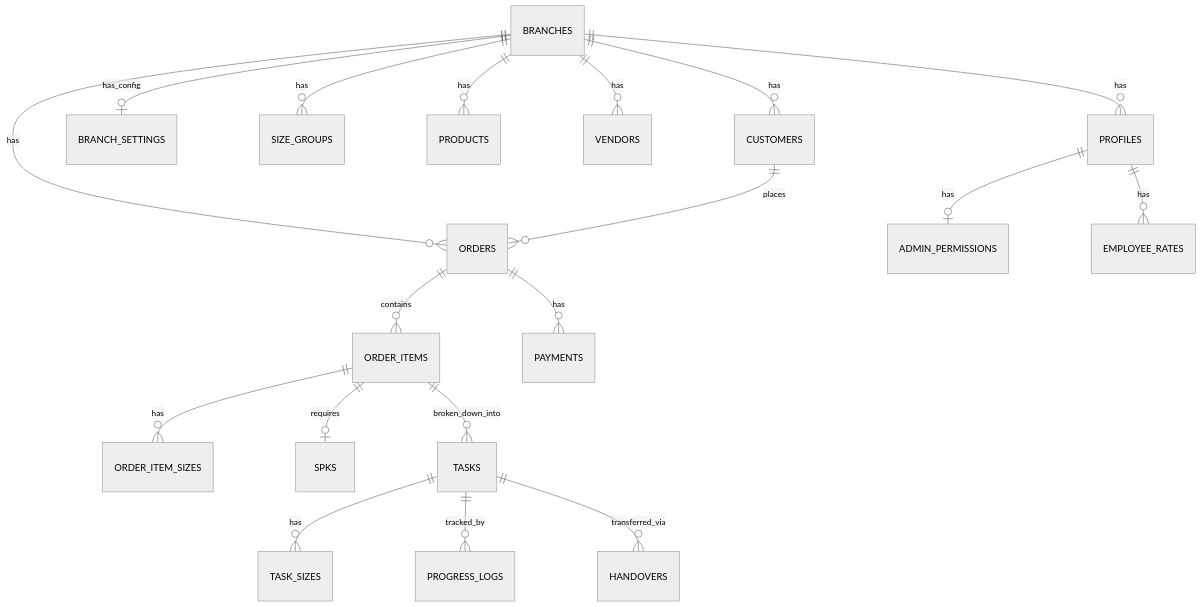
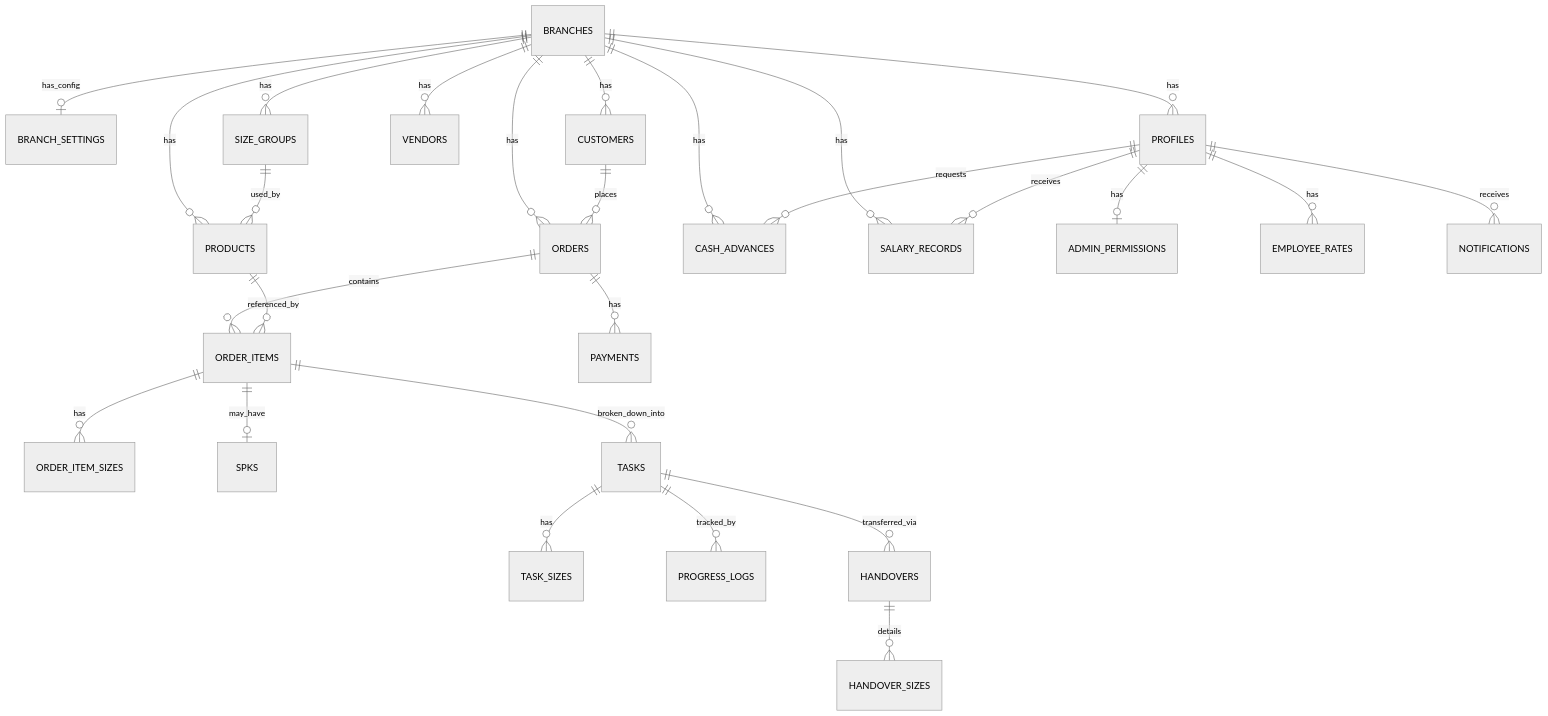
The diagram in docs/data_model.md (rakyandita/konveksio-v2), drawn with Mermaid (neutral theme) before and after one commit. The commit also changed other lines of this file, not shown here.

````diff
--- a/docs/data_model.md
+++ b/docs/data_model.md
@@ -18,25 +25,36 @@
 ```mermaid
 erDiagram
+    BRANCHES ||--o| BRANCH_SETTINGS : "has_config"
     BRANCHES ||--o{ PROFILES : "has"
-    BRANCHES ||--o| BRANCH_SETTINGS : "has_config"
     BRANCHES ||--o{ SIZE_GROUPS : "has"
     BRANCHES ||--o{ PRODUCTS : "has"
     BRANCHES ||--o{ VENDORS : "has"
     BRANCHES ||--o{ CUSTOMERS : "has"
     BRANCHES ||--o{ ORDERS : "has"
-    
+    BRANCHES ||--o{ CASH_ADVANCES : "has"
+    BRANCHES ||--o{ SALARY_RECORDS : "has"
+
     PROFILES ||--o| ADMIN_PERMISSIONS : "has"
     PROFILES ||--o{ EMPLOYEE_RATES : "has"
-    
+    PROFILES ||--o{ NOTIFICATIONS : "receives"
+
     CUSTOMERS ||--o{ ORDERS : "places"
     ORDERS ||--o{ ORDER_ITEMS : "contains"
     ORDERS ||--o{ PAYMENTS : "has"
-    
+
+    PRODUCTS ||--o{ ORDER_ITEMS : "referenced_by"
+    SIZE_GROUPS ||--o{ PRODUCTS : "used_by"
+
     ORDER_ITEMS ||--o{ ORDER_ITEM_SIZES : "has"
-    ORDER_ITEMS ||--o| SPKS : "requires"
+    ORDER_ITEMS ||--o| SPKS : "may_have"
     ORDER_ITEMS ||--o{ TASKS : "broken_down_into"
-    
+
     TASKS ||--o{ TASK_SIZES : "has"
     TASKS ||--o{ PROGRESS_LOGS : "tracked_by"
     TASKS ||--o{ HANDOVERS : "transferred_via"
+
+    HANDOVERS ||--o{ HANDOVER_SIZES : "details"
+
+    PROFILES ||--o{ CASH_ADVANCES : "requests"
+    PROFILES ||--o{ SALARY_RECORDS : "receives"
 ```
````
